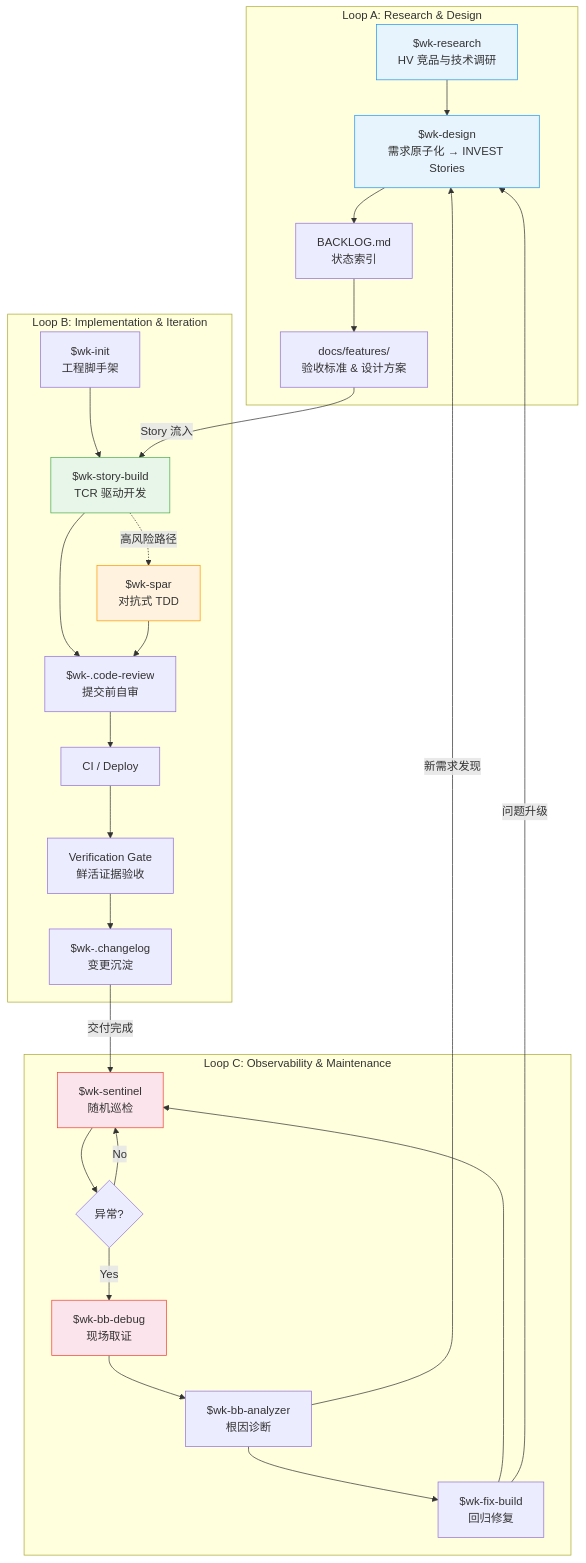
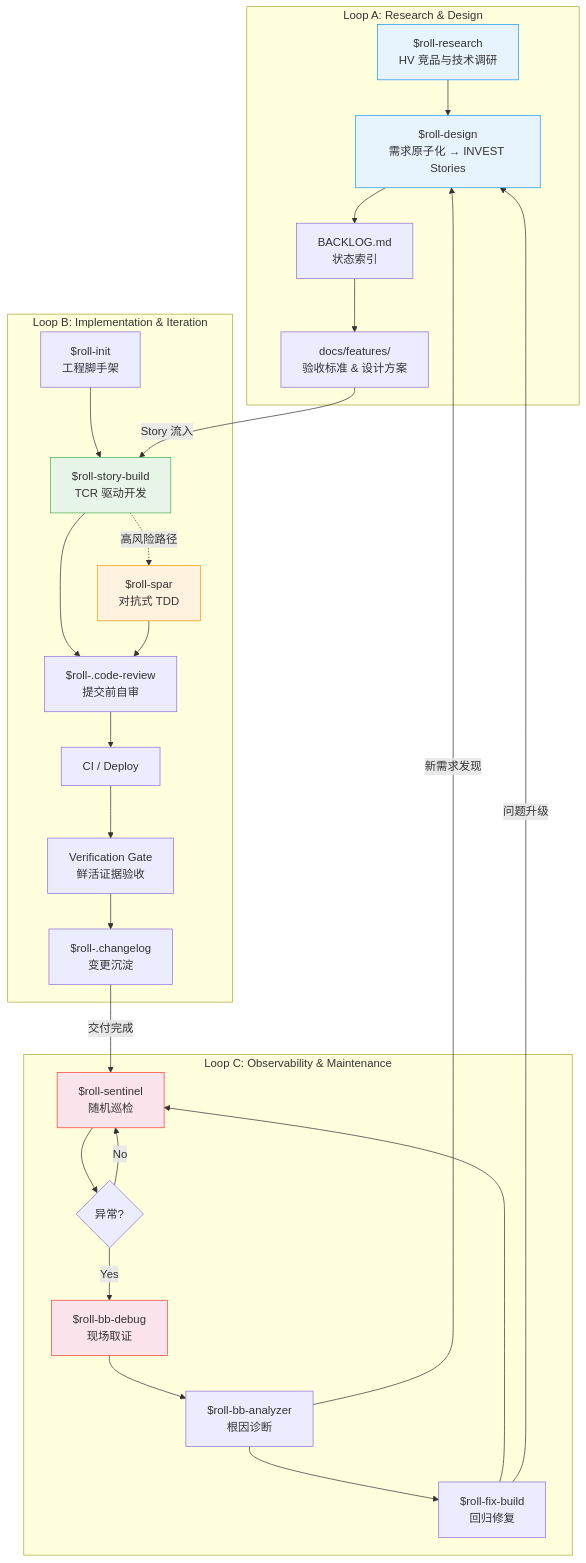
Before and after one commit to seanyao/roll: the first of 2 diagrams in docs/methodology.md, drawn with Mermaid. The commit also changed other lines of this file and 28 other files, not shown here.

Commit message:
[claude code] Story US-ROLL-002: rename skills wk-*→roll-*, fix all references + tests

````diff
--- a/docs/methodology.md
+++ b/docs/methodology.md
@@ -24,39 +24,39 @@
 ```mermaid
 graph TB
     subgraph "Loop A: Research & Design"
-        A1["$wk-research<br/>HV 竞品与技术调研"] --> A2["$wk-design<br/>需求原子化 → INVEST Stories"]
+        A1["$roll-research<br/>HV 竞品与技术调研"] --> A2["$roll-design<br/>需求原子化 → INVEST Stories"]
         A2 --> A3["BACKLOG.md<br/>状态索引"]
         A3 --> A4["docs/features/<br/>验收标准 & 设计方案"]
     end
 
     subgraph "Loop B: Implementation & Iteration"
-        B1["$wk-init<br/>工程脚手架"] --> B2["$wk-story-build<br/>TCR 驱动开发"]
-        B2 --> B3["$wk-.code-review<br/>提交前自审"]
+        B1["$roll-init<br/>工程脚手架"] --> B2["$roll-story-build<br/>TCR 驱动开发"]
+        B2 --> B3["$roll-.code-review<br/>提交前自审"]
         B3 --> B4["CI / Deploy"]
         B4 --> B5["Verification Gate<br/>鲜活证据验收"]
-        B5 --> B6["$wk-.changelog<br/>变更沉淀"]
-        B2 -.->|高风险路径| B7["$wk-spar<br/>对抗式 TDD"]
+        B5 --> B6["$roll-.changelog<br/>变更沉淀"]
+        B2 -.->|高风险路径| B7["$roll-spar<br/>对抗式 TDD"]
         B7 --> B3
     end
 
     subgraph "Loop C: Observability & Maintenance"
-        C1["$wk-sentinel<br/>随机巡检"] --> C2{"异常?"}
-        C2 -->|Yes| C3["$wk-bb-debug<br/>现场取证"]
-        C3 --> C4["$wk-bb-analyzer<br/>根因诊断"]
-        C4 --> C5["$wk-fix-build<br/>回归修复"]
+        C1["$roll-sentinel<br/>随机巡检"] --> C2{"异常?"}
+        C2 -->|Yes| C3["$roll-bb-debug<br/>现场取证"]
+        C3 --> C4["$roll-bb-analyzer<br/>根因诊断"]
+        C4 --> C5["$roll-fix-build<br/>回归修复"]
         C5 --> C1
         C2 -->|No| C1
     end
 
     A4 -->|"Story 流入"| B2
     B6 -->|"交付完成"| C1
     C5 -->|"问题升级"| A2
     C4 -->|"新需求发现"| A2
 
     style A1 fill:#e8f4fd,stroke:#2196F3
     style A2 fill:#e8f4fd,stroke:#2196F3
     style B2 fill:#e8f5e9,stroke:#4CAF50
     style B7 fill:#fff3e0,stroke:#FF9800
     style C1 fill:#fce4ec,stroke:#F44336
     style C3 fill:#fce4ec,stroke:#F44336
 ```
````
